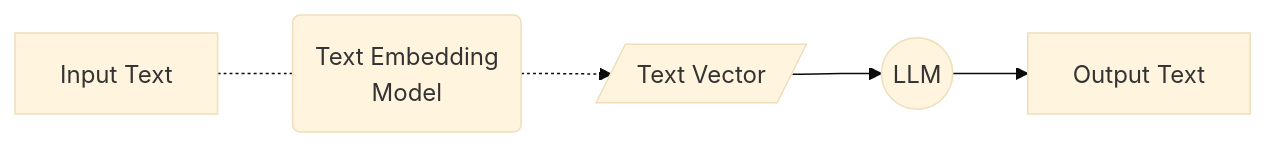
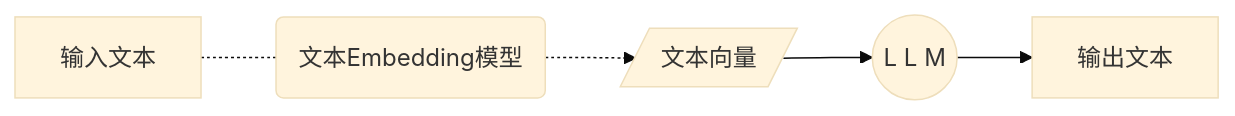
The first of 5 diagrams in xtuner/llava/xtuner_llava.md (InternLM/Tutorial), drawn with Mermaid (base theme) before and after one commit. The commit also changed other lines of this file, not shown here.

Commit message:
flowchart to chinese

````diff
--- a/xtuner/llava/xtuner_llava.md
+++ b/xtuner/llava/xtuner_llava.md
@@ -29,6 +29,6 @@
 ```mermaid
 flowchart LR
-a[Input Text] -.- A(Text Embedding<br>Model) -.-> b[/Text Vector/]
-b --> c((LLM))
-c --> d[Output Text]
+a[输入文本] -.- A(文本Embedding模型) -.-> b[/文本向量/]
+b --> c((L L M))
+c --> d[输出文本]
 ```
````
